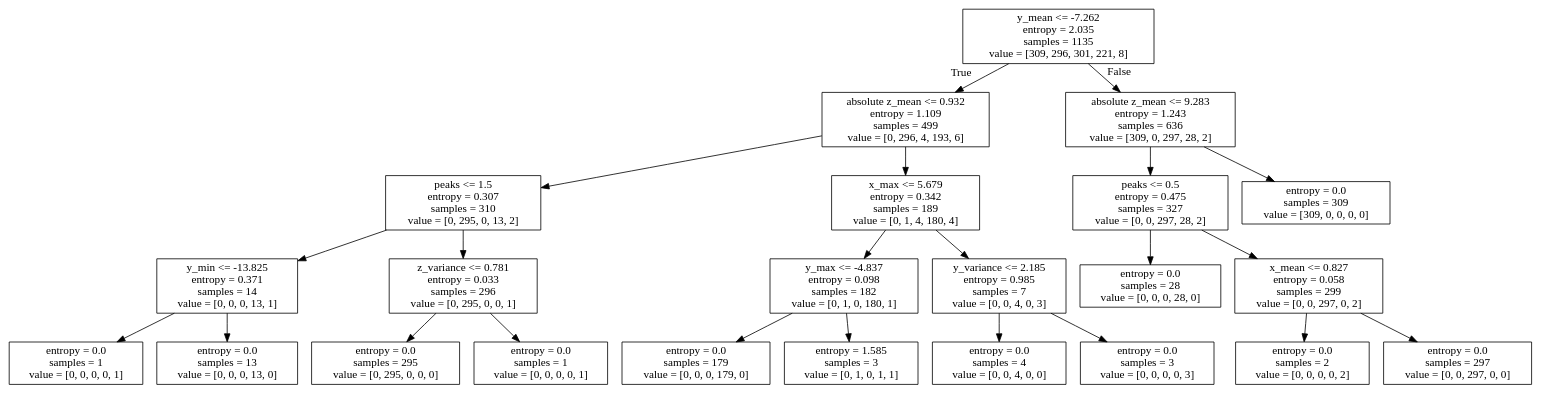
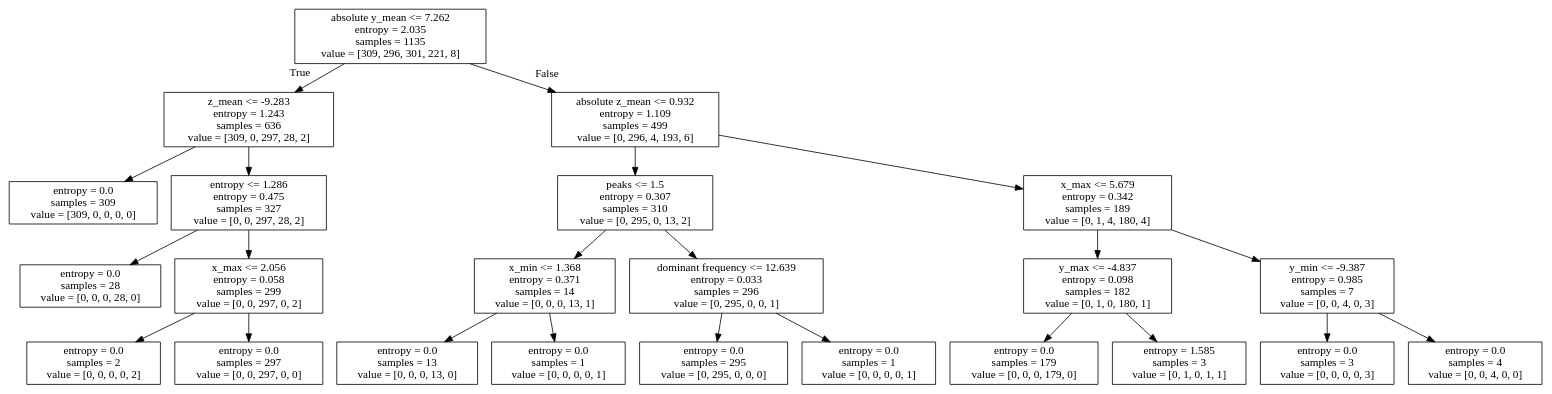
Before and after one commit to mwu-dev/CS328-Fall-Detection: the diagram in dots/tree_4.dot, drawn with Graphviz. The commit also changed 15 other files, not shown here.

```diff
--- a/dots/tree_4.dot
+++ b/dots/tree_4.dot
@@ -1,48 +1,48 @@
 digraph Tree {
 node [shape=box] ;
-0 [label="y_mean <= -7.262\nentropy = 2.035\nsamples = 1135\nvalue = [309, 296, 301, 221, 8]"] ;
-1 [label="absolute z_mean <= 0.932\nentropy = 1.109\nsamples = 499\nvalue = [0, 296, 4, 193, 6]"] ;
+0 [label="absolute y_mean <= 7.262\nentropy = 2.035\nsamples = 1135\nvalue = [309, 296, 301, 221, 8]"] ;
+1 [label="z_mean <= -9.283\nentropy = 1.243\nsamples = 636\nvalue = [309, 0, 297, 28, 2]"] ;
 0 -> 1 [labeldistance=2.5, labelangle=45, headlabel="True"] ;
-2 [label="peaks <= 1.5\nentropy = 0.307\nsamples = 310\nvalue = [0, 295, 0, 13, 2]"] ;
+2 [label="entropy = 0.0\nsamples = 309\nvalue = [309, 0, 0, 0, 0]"] ;
 1 -> 2 ;
-3 [label="y_min <= -13.825\nentropy = 0.371\nsamples = 14\nvalue = [0, 0, 0, 13, 1]"] ;
-2 -> 3 ;
-4 [label="entropy = 0.0\nsamples = 1\nvalue = [0, 0, 0, 0, 1]"] ;
+3 [label="entropy <= 1.286\nentropy = 0.475\nsamples = 327\nvalue = [0, 0, 297, 28, 2]"] ;
+1 -> 3 ;
+4 [label="entropy = 0.0\nsamples = 28\nvalue = [0, 0, 0, 28, 0]"] ;
 3 -> 4 ;
-5 [label="entropy = 0.0\nsamples = 13\nvalue = [0, 0, 0, 13, 0]"] ;
+5 [label="x_max <= 2.056\nentropy = 0.058\nsamples = 299\nvalue = [0, 0, 297, 0, 2]"] ;
 3 -> 5 ;
-6 [label="z_variance <= 0.781\nentropy = 0.033\nsamples = 296\nvalue = [0, 295, 0, 0, 1]"] ;
-2 -> 6 ;
-7 [label="entropy = 0.0\nsamples = 295\nvalue = [0, 295, 0, 0, 0]"] ;
-6 -> 7 ;
-8 [label="entropy = 0.0\nsamples = 1\nvalue = [0, 0, 0, 0, 1]"] ;
-6 -> 8 ;
-9 [label="x_max <= 5.679\nentropy = 0.342\nsamples = 189\nvalue = [0, 1, 4, 180, 4]"] ;
-1 -> 9 ;
-10 [label="y_max <= -4.837\nentropy = 0.098\nsamples = 182\nvalue = [0, 1, 0, 180, 1]"] ;
+6 [label="entropy = 0.0\nsamples = 2\nvalue = [0, 0, 0, 0, 2]"] ;
+5 -> 6 ;
+7 [label="entropy = 0.0\nsamples = 297\nvalue = [0, 0, 297, 0, 0]"] ;
+5 -> 7 ;
+8 [label="absolute z_mean <= 0.932\nentropy = 1.109\nsamples = 499\nvalue = [0, 296, 4, 193, 6]"] ;
+0 -> 8 [labeldistance=2.5, labelangle=-45, headlabel="False"] ;
+9 [label="peaks <= 1.5\nentropy = 0.307\nsamples = 310\nvalue = [0, 295, 0, 13, 2]"] ;
+8 -> 9 ;
+10 [label="x_min <= 1.368\nentropy = 0.371\nsamples = 14\nvalue = [0, 0, 0, 13, 1]"] ;
 9 -> 10 ;
-11 [label="entropy = 0.0\nsamples = 179\nvalue = [0, 0, 0, 179, 0]"] ;
+11 [label="entropy = 0.0\nsamples = 13\nvalue = [0, 0, 0, 13, 0]"] ;
 10 -> 11 ;
-12 [label="entropy = 1.585\nsamples = 3\nvalue = [0, 1, 0, 1, 1]"] ;
+12 [label="entropy = 0.0\nsamples = 1\nvalue = [0, 0, 0, 0, 1]"] ;
 10 -> 12 ;
-13 [label="y_variance <= 2.185\nentropy = 0.985\nsamples = 7\nvalue = [0, 0, 4, 0, 3]"] ;
+13 [label="dominant frequency <= 12.639\nentropy = 0.033\nsamples = 296\nvalue = [0, 295, 0, 0, 1]"] ;
 9 -> 13 ;
-14 [label="entropy = 0.0\nsamples = 4\nvalue = [0, 0, 4, 0, 0]"] ;
+14 [label="entropy = 0.0\nsamples = 295\nvalue = [0, 295, 0, 0, 0]"] ;
 13 -> 14 ;
-15 [label="entropy = 0.0\nsamples = 3\nvalue = [0, 0, 0, 0, 3]"] ;
+15 [label="entropy = 0.0\nsamples = 1\nvalue = [0, 0, 0, 0, 1]"] ;
 13 -> 15 ;
-16 [label="absolute z_mean <= 9.283\nentropy = 1.243\nsamples = 636\nvalue = [309, 0, 297, 28, 2]"] ;
-0 -> 16 [labeldistance=2.5, labelangle=-45, headlabel="False"] ;
-17 [label="peaks <= 0.5\nentropy = 0.475\nsamples = 327\nvalue = [0, 0, 297, 28, 2]"] ;
+16 [label="x_max <= 5.679\nentropy = 0.342\nsamples = 189\nvalue = [0, 1, 4, 180, 4]"] ;
+8 -> 16 ;
+17 [label="y_max <= -4.837\nentropy = 0.098\nsamples = 182\nvalue = [0, 1, 0, 180, 1]"] ;
 16 -> 17 ;
-18 [label="entropy = 0.0\nsamples = 28\nvalue = [0, 0, 0, 28, 0]"] ;
+18 [label="entropy = 0.0\nsamples = 179\nvalue = [0, 0, 0, 179, 0]"] ;
 17 -> 18 ;
-19 [label="x_mean <= 0.827\nentropy = 0.058\nsamples = 299\nvalue = [0, 0, 297, 0, 2]"] ;
+19 [label="entropy = 1.585\nsamples = 3\nvalue = [0, 1, 0, 1, 1]"] ;
 17 -> 19 ;
-20 [label="entropy = 0.0\nsamples = 2\nvalue = [0, 0, 0, 0, 2]"] ;
-19 -> 20 ;
-21 [label="entropy = 0.0\nsamples = 297\nvalue = [0, 0, 297, 0, 0]"] ;
-19 -> 21 ;
-22 [label="entropy = 0.0\nsamples = 309\nvalue = [309, 0, 0, 0, 0]"] ;
-16 -> 22 ;
+20 [label="y_min <= -9.387\nentropy = 0.985\nsamples = 7\nvalue = [0, 0, 4, 0, 3]"] ;
+16 -> 20 ;
+21 [label="entropy = 0.0\nsamples = 3\nvalue = [0, 0, 0, 0, 3]"] ;
+20 -> 21 ;
+22 [label="entropy = 0.0\nsamples = 4\nvalue = [0, 0, 4, 0, 0]"] ;
+20 -> 22 ;
 }
```
